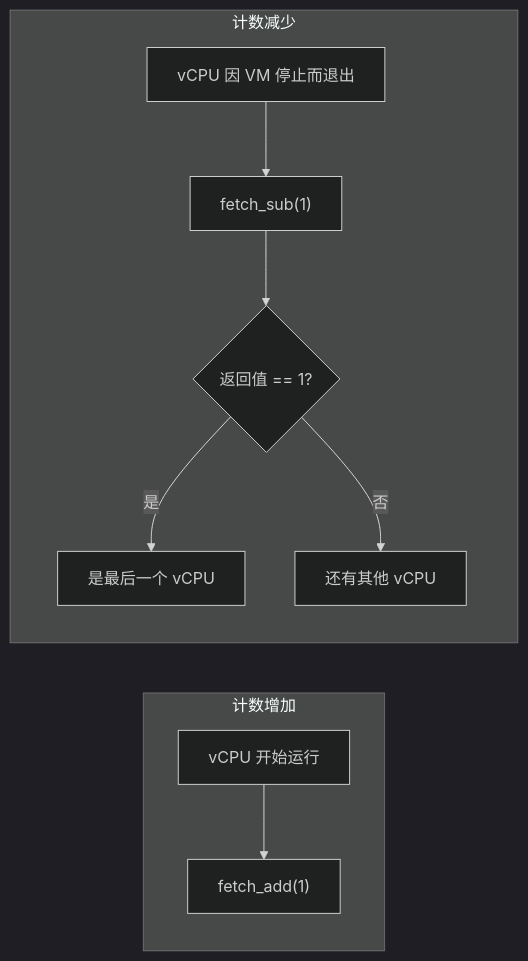
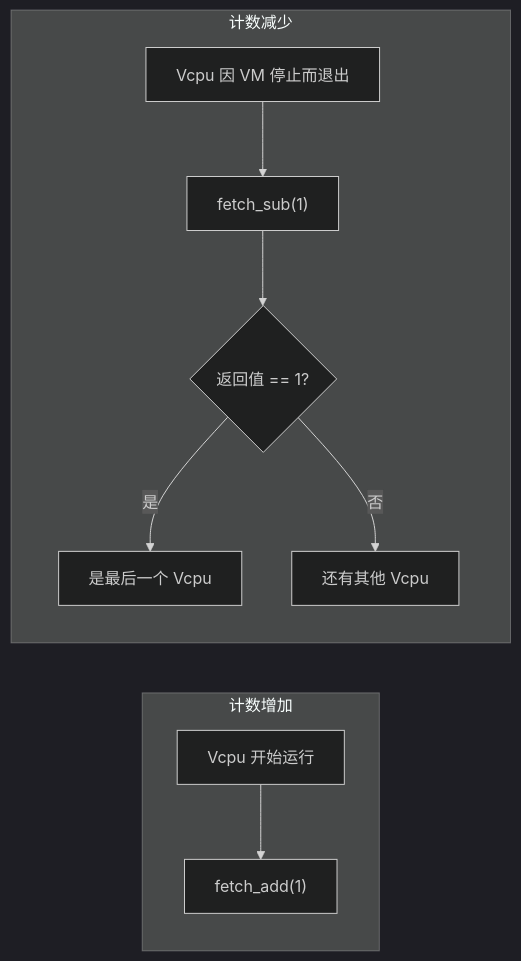
Before and after one commit to arceos-hypervisor/axvisorbook: diagram 15 of 18 in docs/design/guest/manager/vcpu-task.md, drawn with Mermaid (dark theme). The commit also changed other lines of this file and 6 other files, not shown here.

````diff
--- a/docs/design/guest/manager/vcpu-task.md
+++ b/docs/design/guest/manager/vcpu-task.md
@@ -646,13 +646,13 @@
 ```mermaid
 flowchart LR
     subgraph 计数增加
-        A1[vCPU 开始运行] --> INC["fetch_add(1)"]
+        A1[Vcpu 开始运行] --> INC["fetch_add(1)"]
     end
 
     subgraph 计数减少
-        A2[vCPU 因 VM 停止而退出] --> DEC["fetch_sub(1)"]
+        A2[Vcpu 因 VM 停止而退出] --> DEC["fetch_sub(1)"]
         DEC --> CHECK{返回值 == 1?}
-        CHECK -->|是| LAST["是最后一个 vCPU"]
-        CHECK -->|否| NOT_LAST["还有其他 vCPU"]
+        CHECK -->|是| LAST["是最后一个 Vcpu"]
+        CHECK -->|否| NOT_LAST["还有其他 Vcpu"]
     end
 ```
````
